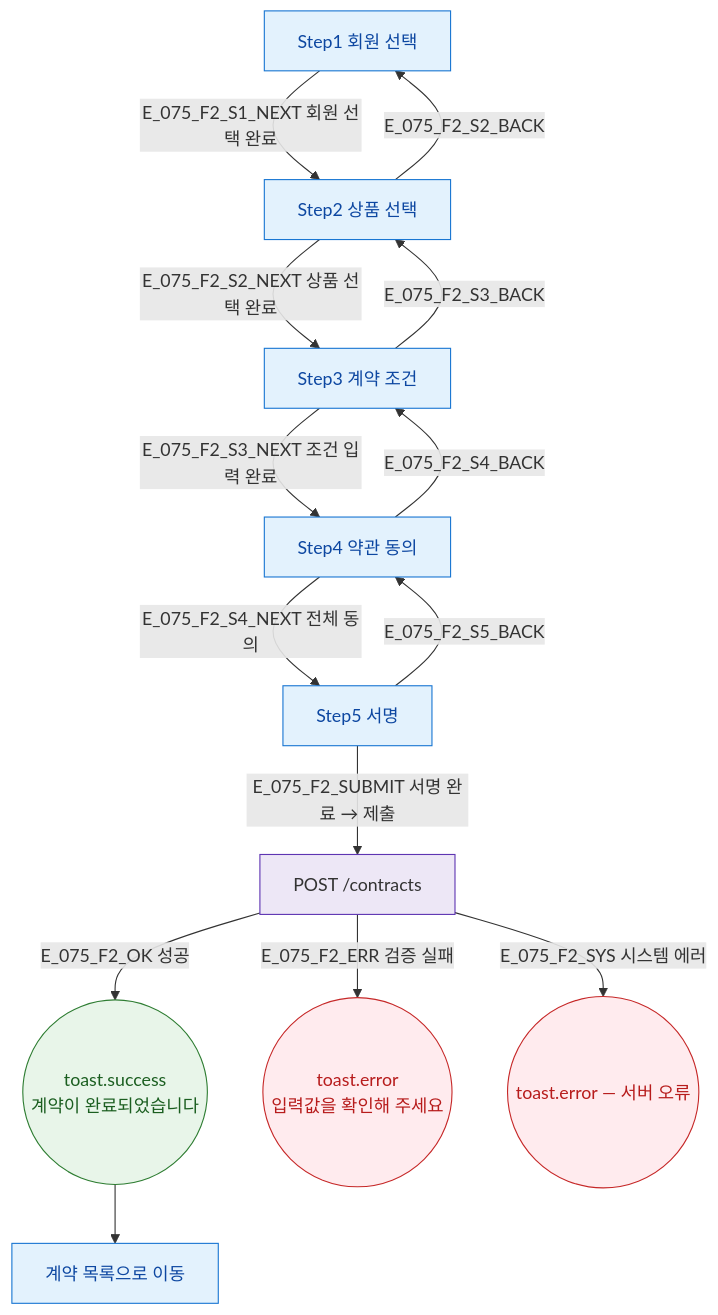
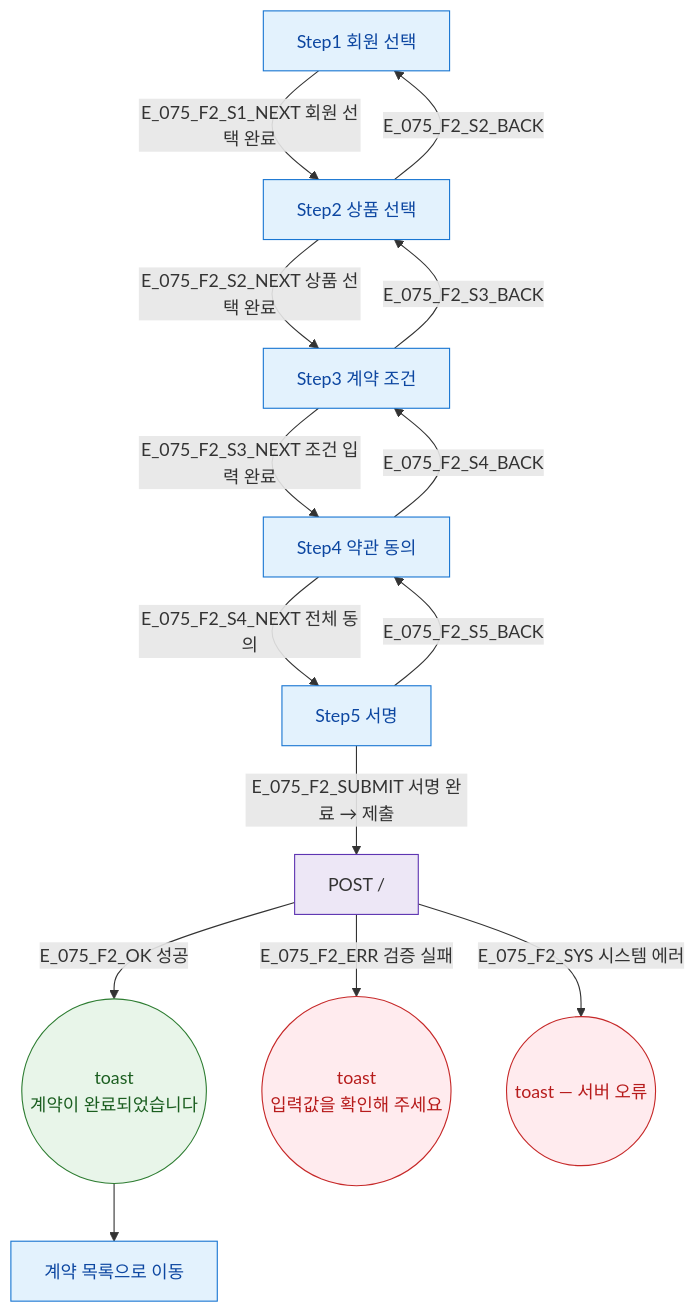
One commit to dev-spogym/admin-pando changed the diagram in docs/다이어그램/D08_마케팅/SCR-075_전자계약/F2_메인인터랙션.md. Above: the diagram before and after it, drawn with Mermaid. The commit also changed other lines of this file and 1660 other files, not shown here.

First line of the commit message:
다이어그램: 기획자/클라이언트 납품본으로 정리

````diff
--- a/docs/다이어그램/D08_마케팅/SCR-075_전자계약/F2_메인인터랙션.md
+++ b/docs/다이어그램/D08_마케팅/SCR-075_전자계약/F2_메인인터랙션.md
@@ -22,30 +20,30 @@
 ```mermaid
 flowchart TD
-  S1[Step1 회원 선택] -->|E_075_F2_S1_NEXT 회원 선택 완료| S2[Step2 상품 선택]
-  S2 -->|E_075_F2_S2_NEXT 상품 선택 완료| S3[Step3 계약 조건]
-  S3 -->|E_075_F2_S3_NEXT 조건 입력 완료| S4[Step4 약관 동의]
-  S4 -->|E_075_F2_S4_NEXT 전체 동의| S5[Step5 서명]
+  S1[Step1 회원 선택] -->|E_075_F2_S1_NEXT 회원 선택 완료|S2[Step2 상품 선택]
+  S2 -->|E_075_F2_S2_NEXT 상품 선택 완료|S3[Step3 계약 조건]
+  S3 -->|E_075_F2_S3_NEXT 조건 입력 완료|S4[Step4 약관 동의]
+  S4 -->|E_075_F2_S4_NEXT 전체 동의|S5[Step5 서명]
 
-  S5 -->|E_075_F2_SUBMIT 서명 완료 → 제출| API[POST /contracts]
+  S5 -->|E_075_F2_SUBMIT 서명 완료 → 제출|API[POST /]
 
-  API -->|E_075_F2_OK 성공| T_OK((toast.success\n계약이 완료되었습니다))
-  API -->|E_075_F2_ERR 검증 실패| T_ERR((toast.error\n입력값을 확인해 주세요))
-  API -->|E_075_F2_SYS 시스템 에러| T_SYS((toast.error — 서버 오류))
+  API -->|E_075_F2_OK 성공|T_OK((toast\n계약이 완료되었습니다))
+  API -->|E_075_F2_ERR 검증 실패|T_ERR((toast\n입력값을 확인해 주세요))
+  API -->|E_075_F2_SYS 시스템 에러|T_SYS((toast — 서버 오류))
 
   T_OK --> DONE[계약 목록으로 이동]
 
-  S2 -->|E_075_F2_S2_BACK| S1
-  S3 -->|E_075_F2_S3_BACK| S2
-  S4 -->|E_075_F2_S4_BACK| S3
-  S5 -->|E_075_F2_S5_BACK| S4
+  S2 -->|E_075_F2_S2_BACK|S1
+  S3 -->|E_075_F2_S3_BACK|S2
+  S4 -->|E_075_F2_S4_BACK|S3
+  S5 -->|E_075_F2_S5_BACK|S4
 
-  classDef screen  fill:#E3F2FD,stroke:#1976D2,color:#0D47A1
+  classDef screen fill:#E3F2FD,stroke:#1976D2,color:#0D47A1
   classDef success fill:#E8F5E9,stroke:#2E7D32,color:#1B5E20
-  classDef error   fill:#FFEBEE,stroke:#C62828,color:#B71C1C
-  classDef system  fill:#EDE7F6,stroke:#5E35B2
+  classDef error fill:#FFEBEE,stroke:#C62828,color:#B71C1C
+  classDef system fill:#EDE7F6,stroke:#5E35B2
 
   class S1,S2,S3,S4,S5,DONE screen
   class T_OK success
   class T_ERR,T_SYS error
   class API system
 ```
````
